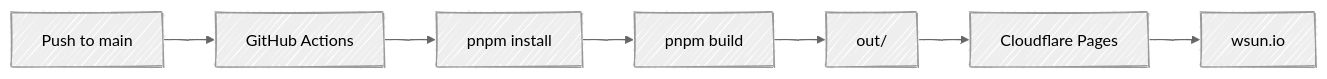
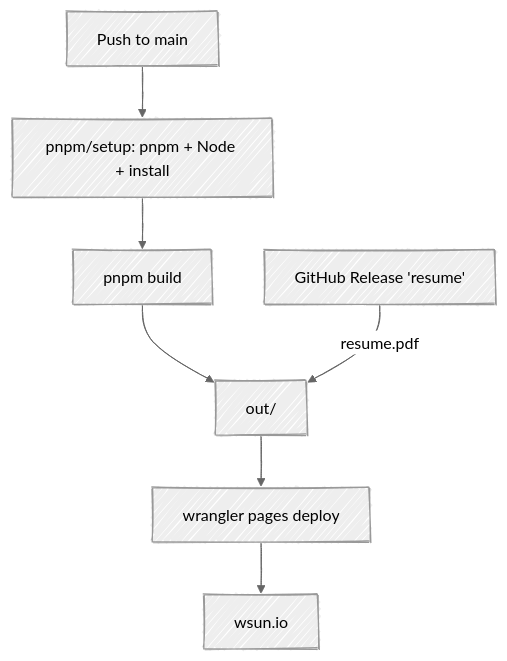
One commit to WilliamOdinson/williamodinson.github.io changed the diagram in README.md. Above: the diagram before and after it, drawn with Mermaid. The commit also changed other lines of this file, not shown here.

Commit message:
docs(readme): document content pipeline, configuration, deployment and resume flow

````diff
--- a/README.md
+++ b/README.md
@@ -32,10 +94,10 @@
 ```mermaid
 %%{init: {'look': 'handDrawn', 'theme': 'neutral'}}%%
-graph LR
-    A[Push to main] --> B[GitHub Actions]
-    B --> C[pnpm install]
-    C --> D[pnpm build]
-    D --> E[out/]
-    E --> F[Cloudflare Pages]
-    F --> G[wsun.io]
+graph TD
+    A[Push to main] --> B[pnpm/setup: pnpm + Node + install]
+    B --> C[pnpm build]
+    C --> D[out/]
+    R[GitHub Release 'resume'] -->|resume.pdf| D
+    D --> E[wrangler pages deploy]
+    E --> F[wsun.io]
 ```
````
